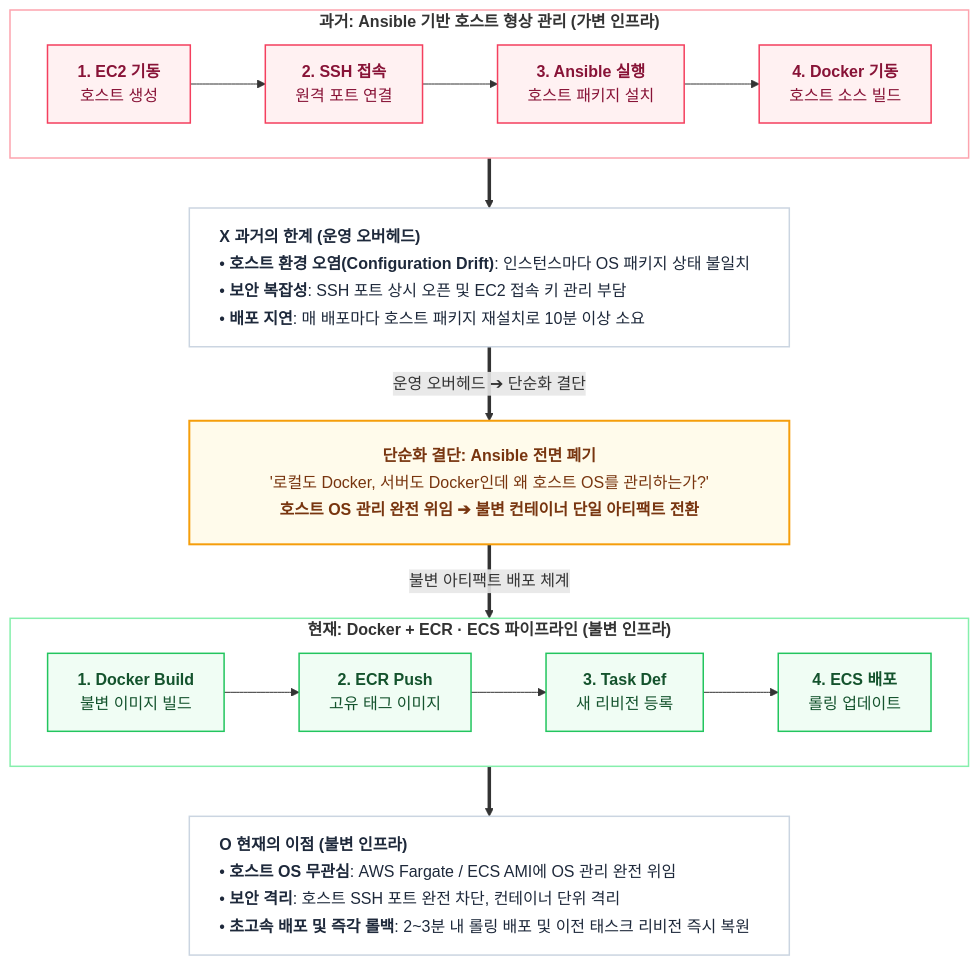
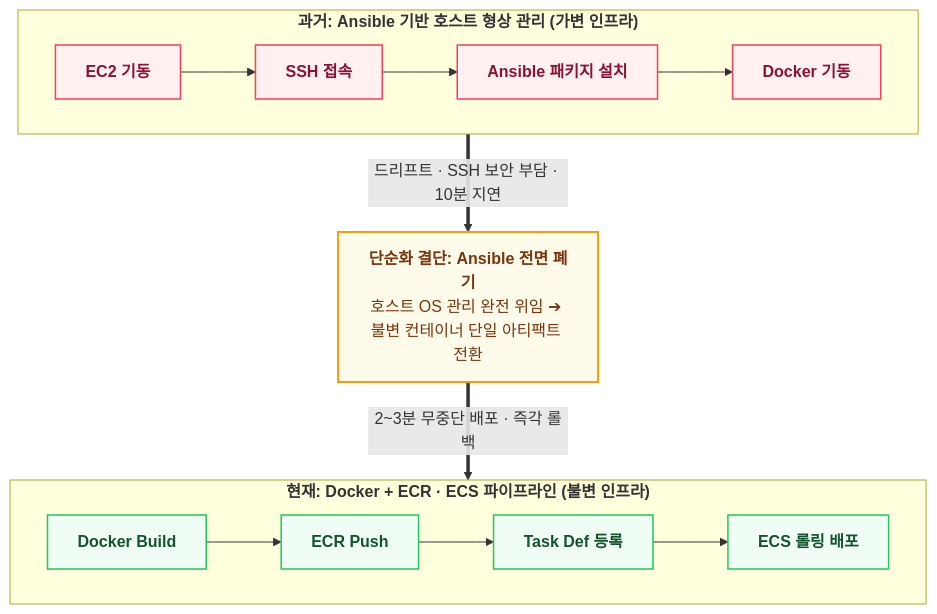
The diagram in _posts/tech/ai-agent-architecture/8 어차피 도커인데 앤서블은 왜 썼을까.md (tomato-vault/tomato-vault.github.io), drawn with Mermaid before and after one commit. The commit also changed other lines of this file and 43 other files, not shown here.

````diff
--- a/_posts/tech/ai-agent-architecture/8 어차피 도커인데 앤서블은 왜 썼을까.md
+++ b/_posts/tech/ai-agent-architecture/8 어차피 도커인데 앤서블은 왜 썼을까.md
@@ -177,41 +61,20 @@
 ```mermaid
 flowchart TD
     classDef pastFlow fill:#fff1f2,stroke:#f43f5e,stroke-width:1.5px,color:#881337
     classDef presentFlow fill:#f0fdf4,stroke:#22c55e,stroke-width:1.5px,color:#14532d
     classDef decision fill:#fffbeb,stroke:#f59e0b,stroke-width:2px,color:#78350f
-    classDef card fill:#ffffff,stroke:#cbd5e1,stroke-width:1.5px,color:#1e293b
 
     subgraph PAST ["<b>과거: Ansible 기반 호스트 형상 관리 (가변 인프라)</b>"]
         direction LR
-        P1["<b>1. EC2 기동</b><br/>호스트 생성"]:::pastFlow
-        P2["<b>2. SSH 접속</b><br/>원격 포트 연결"]:::pastFlow
-        P3["<b>3. Ansible 실행</b><br/>호스트 패키지 설치"]:::pastFlow
-        P4["<b>4. Docker 기동</b><br/>호스트 소스 빌드"]:::pastFlow
-        P1 --> P2 --> P3 --> P4
+        P1["<b>EC2 기동</b>"]:::pastFlow --> P2["<b>SSH 접속</b>"]:::pastFlow --> P3["<b>Ansible 패키지 설치</b>"]:::pastFlow --> P4["<b>Docker 기동</b>"]:::pastFlow
     end
 
-    P_RISK["<div style='width:540px; text-align:left; line-height:1.7;'><b>X 과거의 한계 (운영 오버헤드)</b><br/>• <b>호스트 환경 오염(Configuration Drift)</b>: 인스턴스마다 OS 패키지 상태 불일치<br/>• <b>보안 복잡성</b>: SSH 포트 상시 오픈 및 EC2 접속 키 관리 부담<br/>• <b>배포 지연</b>: 매 배포마다 호스트 패키지 재설치로 10분 이상 소요</div>"]:::card
-
-    PAST ==> P_RISK
-    P_RISK ==>|"운영 오버헤드 ➔ 단순화 결단"| DECISION
-
-    DECISION["<div style='width:540px; text-align:center; padding:6px 0; line-height:1.7;'><b>단순화 결단: Ansible 전면 폐기</b><br/><span style='color:#b45309;'>'로컬도 Docker, 서버도 Docker인데 왜 호스트 OS를 관리하는가?'</span><br/><b>호스트 OS 관리 완전 위임 ➔ 불변 컨테이너 단일 아티팩트 전환</b></div>"]:::decision
-
-    DECISION ==>|"불변 아티팩트 배포 체계"| PRESENT
+    DECISION["<b>단순화 결단: Ansible 전면 폐기</b><br/>호스트 OS 관리 완전 위임 ➔ 불변 컨테이너 단일 아티팩트 전환"]:::decision
 
     subgraph PRESENT ["<b>현재: Docker + ECR · ECS 파이프라인 (불변 인프라)</b>"]
         direction LR
-        C1["<b>1. Docker Build</b><br/>불변 이미지 빌드"]:::presentFlow
-        C2["<b>2. ECR Push</b><br/>고유 태그 이미지"]:::presentFlow
-        C3["<b>3. Task Def</b><br/>새 리비전 등록"]:::presentFlow
-        C4["<b>4. ECS 배포</b><br/>롤링 업데이트"]:::presentFlow
-        C1 --> C2 --> C3 --> C4
+        C1["<b>Docker Build</b>"]:::presentFlow --> C2["<b>ECR Push</b>"]:::presentFlow --> C3["<b>Task Def 등록</b>"]:::presentFlow --> C4["<b>ECS 롤링 배포</b>"]:::presentFlow
     end
 
-    PRESENT ==> C_BENEFIT
-
-    C_BENEFIT["<div style='width:540px; text-align:left; line-height:1.7;'><b>O 현재의 이점 (불변 인프라)</b><br/>• <b>호스트 OS 무관심</b>: AWS Fargate / ECS AMI에 OS 관리 완전 위임<br/>• <b>보안 격리</b>: 호스트 SSH 포트 완전 차단, 컨테이너 단위 격리<br/>• <b>초고속 배포 및 즉각 롤백</b>: 2~3분 내 롤링 배포 및 이전 태스크 리비전 즉시 복원</div>"]:::card
-
-    style PAST fill:#ffffff,stroke:#fda4af,stroke-width:1.5px
-    style PRESENT fill:#ffffff,stroke:#86efac,stroke-width:1.5px
+    PAST ==>|"드리프트 · SSH 보안 부담 · 10분 지연"| DECISION ==>|"2~3분 무중단 배포 · 즉각 롤백"| PRESENT
 ```
````
